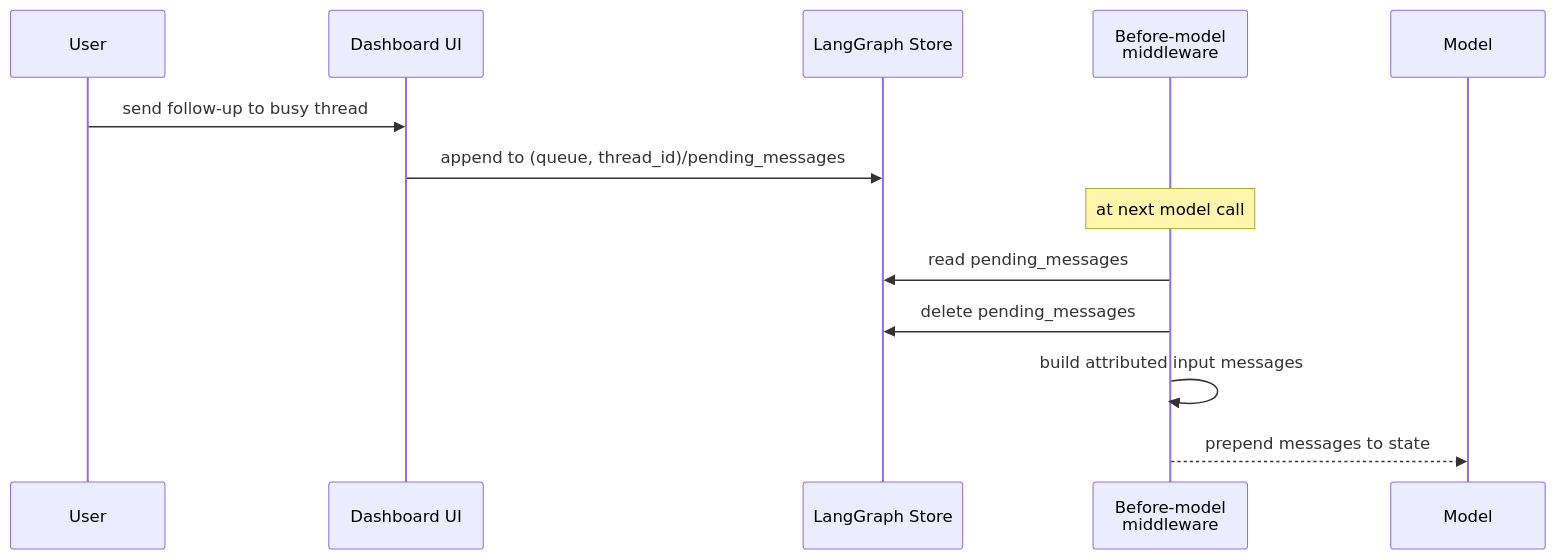
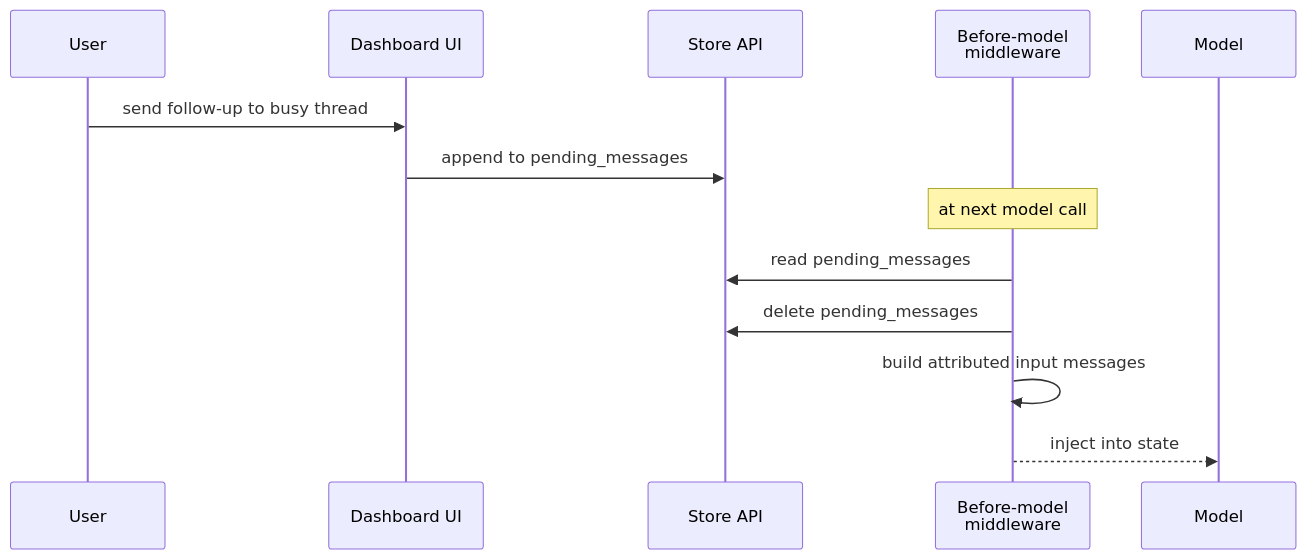
One commit to langchain-ai/open-swe changed the diagram in openwiki/workflows/follow-up-messages.md. Above: the diagram before and after it, drawn with Mermaid. The commit also changed other lines of this file and 50 other files, not shown here.

````diff
--- a/openwiki/workflows/follow-up-messages.md
+++ b/openwiki/workflows/follow-up-messages.md
@@ -56,16 +74,16 @@
 ```mermaid
 sequenceDiagram
     participant User
     participant Dashboard as Dashboard UI
-    participant Store as LangGraph Store
+    participant Store as Store API
     participant Middleware as Before-model<br/>middleware
     participant Model
 
     User->>Dashboard: send follow-up to busy thread
-    Dashboard->>Store: append to (queue, thread_id)/pending_messages
+    Dashboard->>Store: append to pending_messages
     Note over Middleware: at next model call
     Middleware->>Store: read pending_messages
     Middleware->>Store: delete pending_messages
     Middleware->>Middleware: build attributed input messages
-    Middleware-->>Model: prepend messages to state
+    Middleware-->>Model: inject into state
 ```
````
